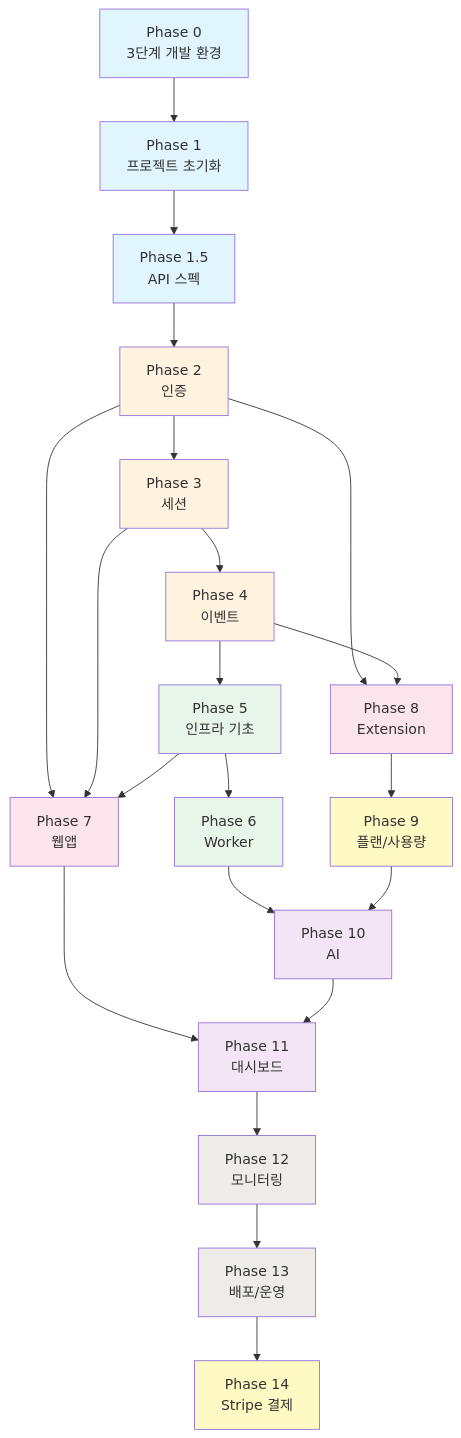
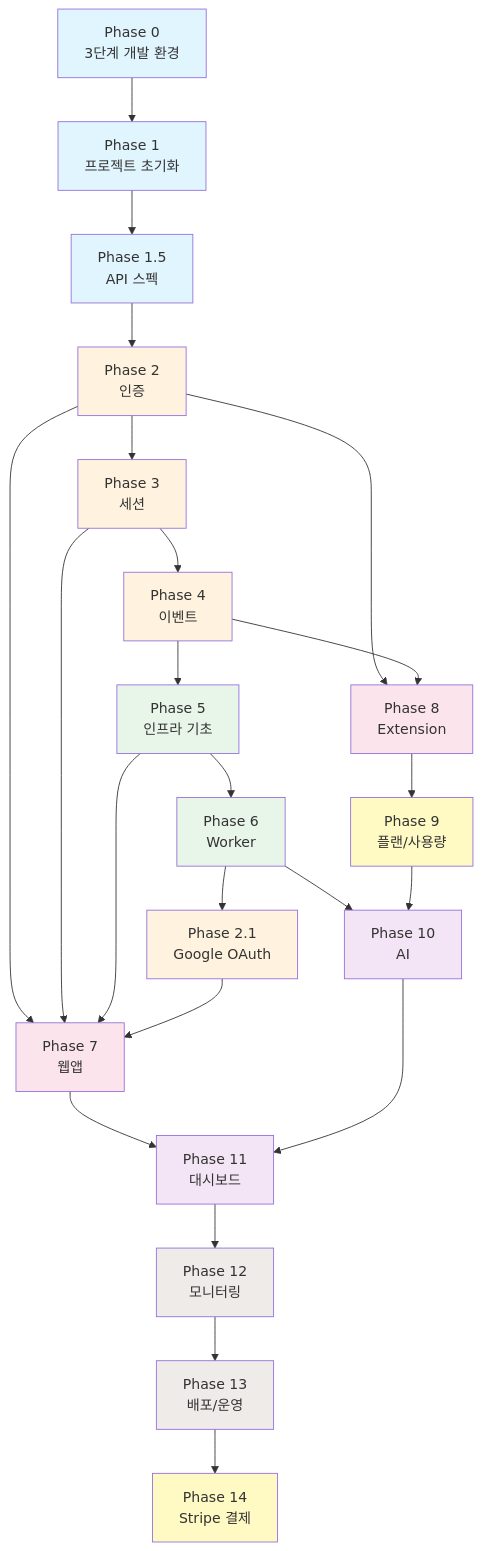
One commit to coldzero94/mindhit changed the diagram in docs/development/phases/README.md. Above: the diagram before and after it, drawn with Mermaid. The commit also changed other lines of this file and 45 other files, not shown here.

````diff
--- a/docs/development/phases/README.md
+++ b/docs/development/phases/README.md
@@ -64,52 +65,57 @@
 ```mermaid
 flowchart TD
     P0[Phase 0<br/>3단계 개발 환경] --> P1[Phase 1<br/>프로젝트 초기화]
     P1 --> P1_5[Phase 1.5<br/>API 스펙]
     P1_5 --> P2[Phase 2<br/>인증]
     P2 --> P3[Phase 3<br/>세션]
     P3 --> P4[Phase 4<br/>이벤트]
     P4 --> P5[Phase 5<br/>인프라 기초]
     P5 --> P6[Phase 6<br/>Worker]
 
-    %% Phase 7: 인증 + 세션 + 인프라 필요
+    %% Phase 2.1: Google OAuth (Phase 6 이후, Phase 7 전)
+    P6 --> P2_1[Phase 2.1<br/>Google OAuth]
+
+    %% Phase 7: 인증 + 세션 + 인프라 + OAuth 필요
     P2 --> P7[Phase 7<br/>웹앱]
     P3 --> P7
     P5 --> P7
+    P2_1 --> P7
 
     %% Phase 8: 인증 + 이벤트 API 필요
     P2 --> P8[Phase 8<br/>Extension]
     P4 --> P8
 
     %% Phase 9: 플랜/사용량 (AI 전에 필요)
     P8 --> P9[Phase 9<br/>플랜/사용량]
 
     %% Phase 10: AI (사용량 시스템 연동)
     P6 --> P10[Phase 10<br/>AI]
     P9 --> P10
 
     %% Phase 11: 대시보드
     P7 --> P11[Phase 11<br/>대시보드]
     P10 --> P11
 
     %% Phase 12-14: 운영 및 결제
     P11 --> P12[Phase 12<br/>모니터링]
     P12 --> P13[Phase 13<br/>배포/운영]
     P13 --> P14[Phase 14<br/>Stripe 결제]
 
     style P0 fill:#e1f5fe
     style P1 fill:#e1f5fe
     style P1_5 fill:#e1f5fe
     style P2 fill:#fff3e0
+    style P2_1 fill:#fff3e0
     style P3 fill:#fff3e0
     style P4 fill:#fff3e0
     style P5 fill:#e8f5e9
     style P6 fill:#e8f5e9
     style P7 fill:#fce4ec
     style P8 fill:#fce4ec
     style P9 fill:#fff9c4
     style P10 fill:#f3e5f5
     style P11 fill:#f3e5f5
     style P12 fill:#efebe9
     style P13 fill:#efebe9
     style P14 fill:#fff9c4
 ```
````
